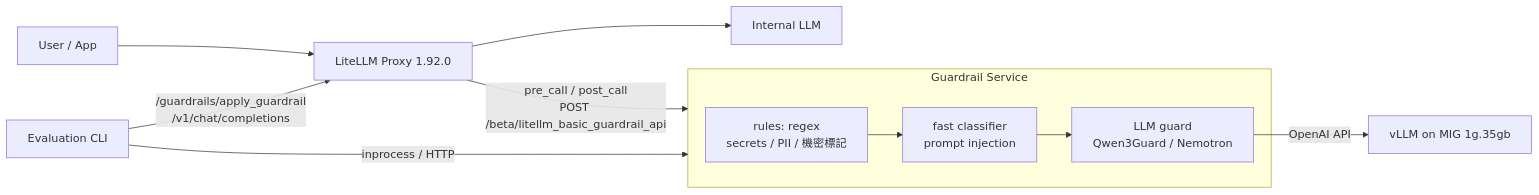
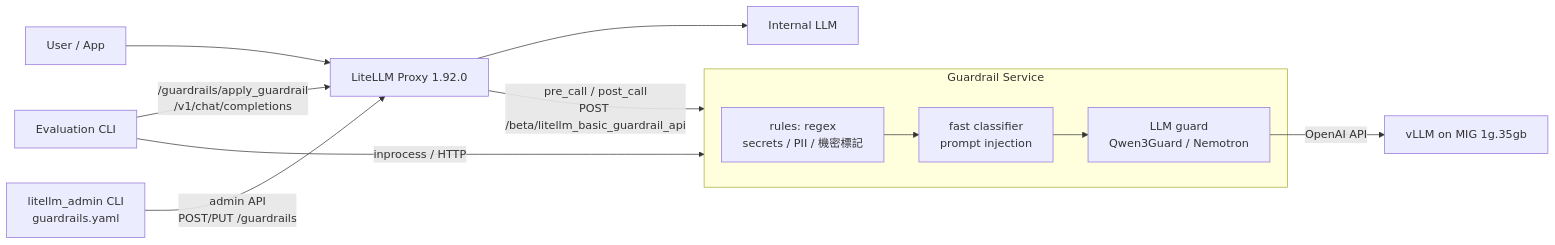
Before and after one commit to yfliu017258/guardrail: the diagram in docs/plan.md, drawn with Mermaid. The commit also changed other lines of this file and 20 other files, not shown here.

First line of the commit message:
Manage guardrails via the LiteLLM admin API; add native zh-TW data and contamination tracking

````diff
--- a/docs/plan.md
+++ b/docs/plan.md
@@ -27,13 +27,14 @@
 ```mermaid
 flowchart LR
     U[User / App] --> P[LiteLLM Proxy 1.92.0]
     P -- pre_call / post_call<br/>POST /beta/litellm_basic_guardrail_api --> G[Guardrail Service<br/>FastAPI + uvicorn]
     subgraph G[Guardrail Service]
       R[rules: regex<br/>secrets / PII / 機密標記] --> C[fast classifier<br/>prompt injection]
       C --> L[LLM guard<br/>Qwen3Guard / Nemotron]
     end
     L -- OpenAI API --> V[vLLM on MIG 1g.35gb]
     P --> M[Internal LLM]
     E[Evaluation CLI] -- inprocess / HTTP --> G
     E -- /guardrails/apply_guardrail<br/>/v1/chat/completions --> P
+    A[litellm_admin CLI<br/>guardrails.yaml] -- admin API<br/>POST/PUT /guardrails --> P
 ```
````
